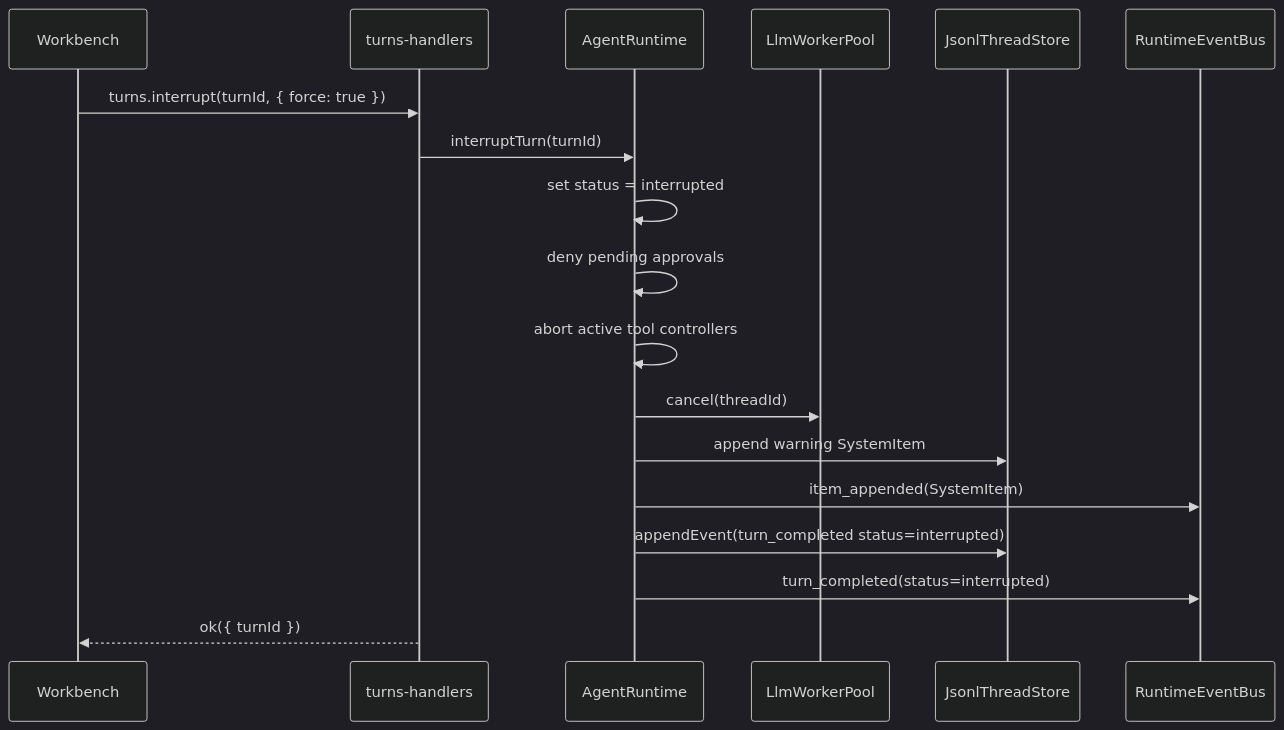
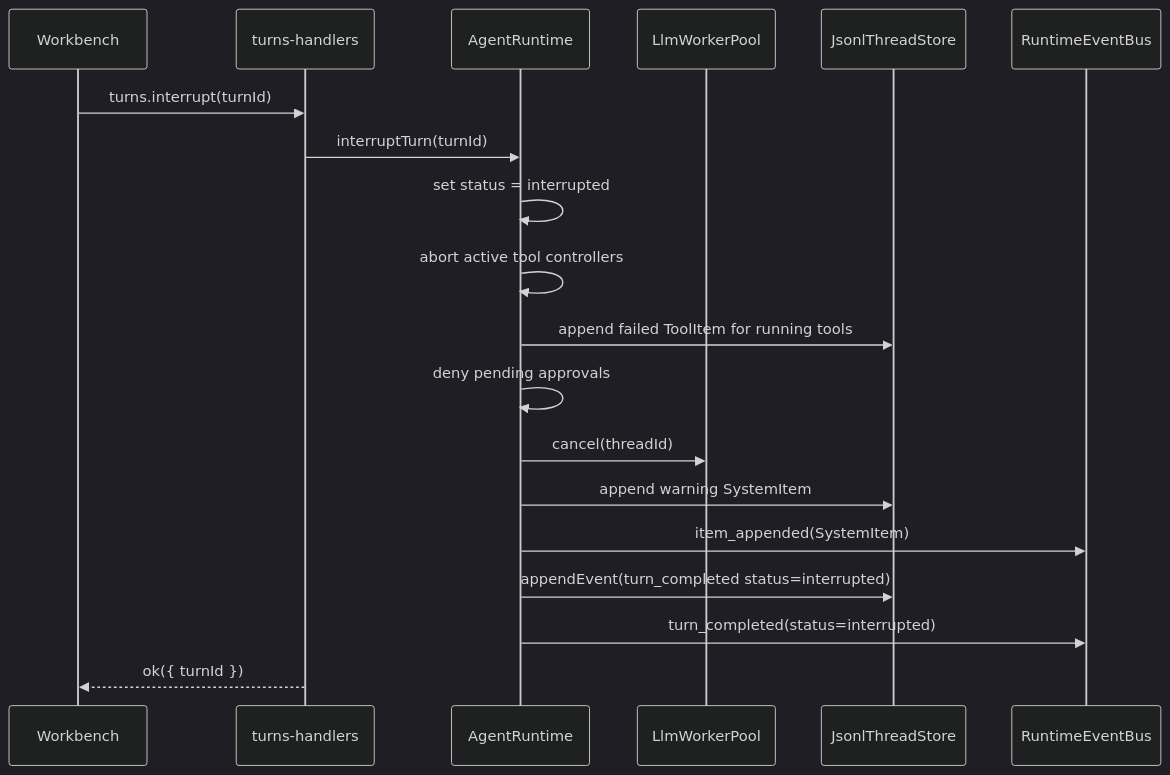
One commit to dp-sudo/agent-pyramid-desktop changed the seventh of 7 diagrams in docs/runtime-flow.md. Above: the diagram before and after it, drawn with Mermaid (dark theme). The commit also changed other lines of this file and 51 other files, not shown here.

````diff
--- a/docs/runtime-flow.md
+++ b/docs/runtime-flow.md
@@ -322,21 +327,22 @@
 ```mermaid
 sequenceDiagram
   participant UI as Workbench
   participant IPC as turns-handlers
   participant RT as AgentRuntime
   participant Pool as LlmWorkerPool
   participant Store as JsonlThreadStore
   participant Bus as RuntimeEventBus
 
-  UI->>IPC: turns.interrupt(turnId, { force: true })
+  UI->>IPC: turns.interrupt(turnId)
   IPC->>RT: interruptTurn(turnId)
   RT->>RT: set status = interrupted
+  RT->>RT: abort active tool controllers
+  RT->>Store: append failed ToolItem for running tools
   RT->>RT: deny pending approvals
-  RT->>RT: abort active tool controllers
   RT->>Pool: cancel(threadId)
   RT->>Store: append warning SystemItem
   RT->>Bus: item_appended(SystemItem)
   RT->>Store: appendEvent(turn_completed status=interrupted)
   RT->>Bus: turn_completed(status=interrupted)
   IPC-->>UI: ok({ turnId })
 ```
````
